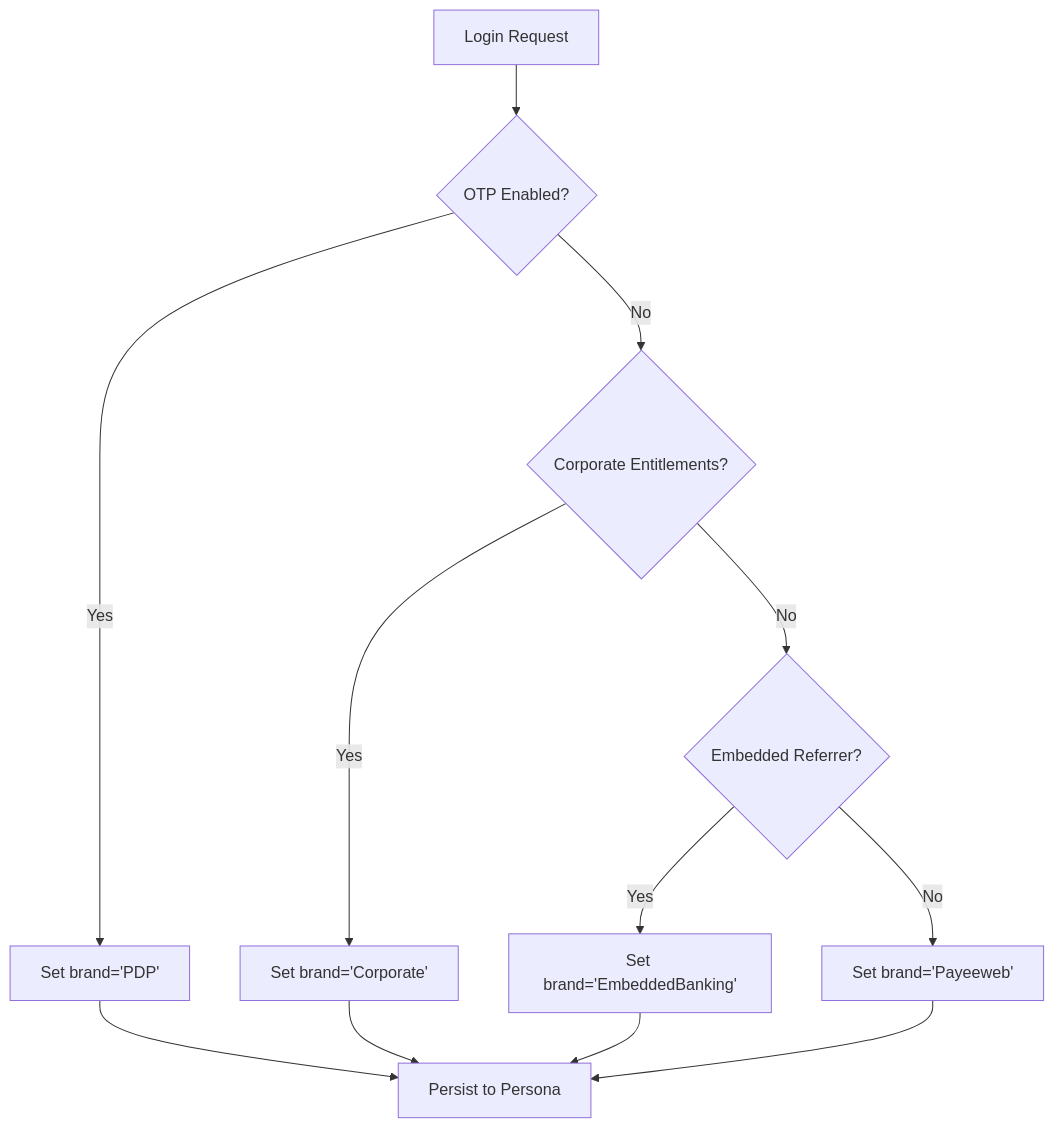
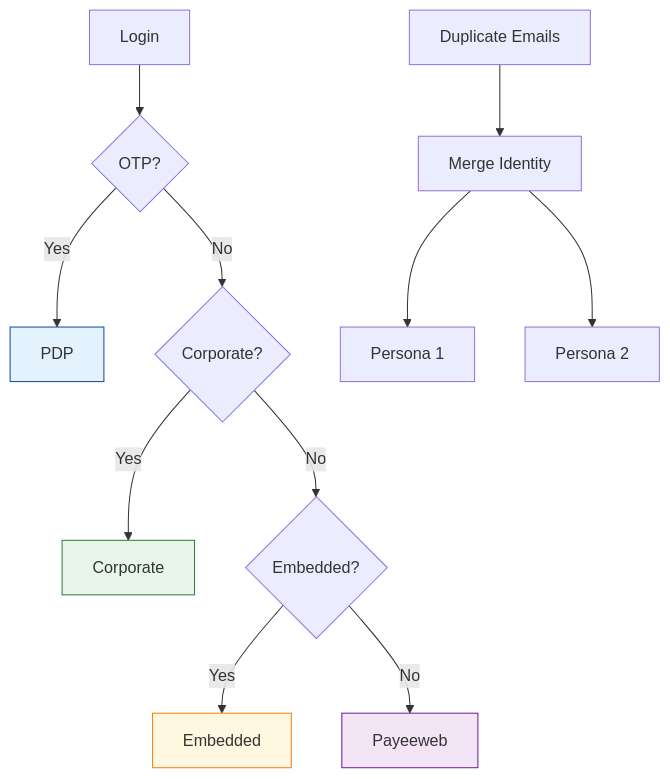
One commit to ahmedHanie93/Personal-projects changed the second of 12 diagrams in MorganStanely/test2.md. Above: the diagram before and after it, drawn with Mermaid. The commit also changed other lines of this file, not shown here.

````diff
--- a/MorganStanely/test2.md
+++ b/MorganStanely/test2.md
@@ -58,14 +55,17 @@
 ```mermaid
 flowchart TD
-    Start[Login Request] --> OTP{OTP Enabled?}
-    OTP -->|Yes| PDP[Set brand='PDP']
-    OTP -->|No| Entitlements{Corporate Entitlements?}
-    Entitlements -->|Yes| Corporate[Set brand='Corporate']
-    Entitlements -->|No| Referrer{Embedded Referrer?}
-    Referrer -->|Yes| Embedded[Set brand='EmbeddedBanking']
-    Referrer -->|No| Default[Set brand='Payeeweb']
-    PDP --> Persist[Persist to Persona]
-    Corporate --> Persist
-    Embedded --> Persist
-    Default --> Persist
+    Start[Login] --> OTP{OTP?}
+    OTP -->|Yes| PDP[PDP]
+    OTP -->|No| Entitlements{Corporate?}
+    Entitlements -->|Yes| Corporate
+    Entitlements -->|No| Referrer{Embedded?}
+    Referrer -->|Yes| Embedded
+    Referrer -->|No| Payeeweb
+    style PDP fill: #E3F2FD, stroke: #0D47A1
+    style Corporate fill: #E8F5E9, stroke: #2E7D32
+    style Embedded fill: #FFF8E1, stroke: #F57F17
+    style Payeeweb fill: #F3E5F5, stroke: #6A1B9A
+    Duplicate[Duplicate Emails] --> Merge[Merge Identity]
+    Merge --> Persona1[Persona 1]
+    Merge --> Persona2[Persona 2]
 ```
````
